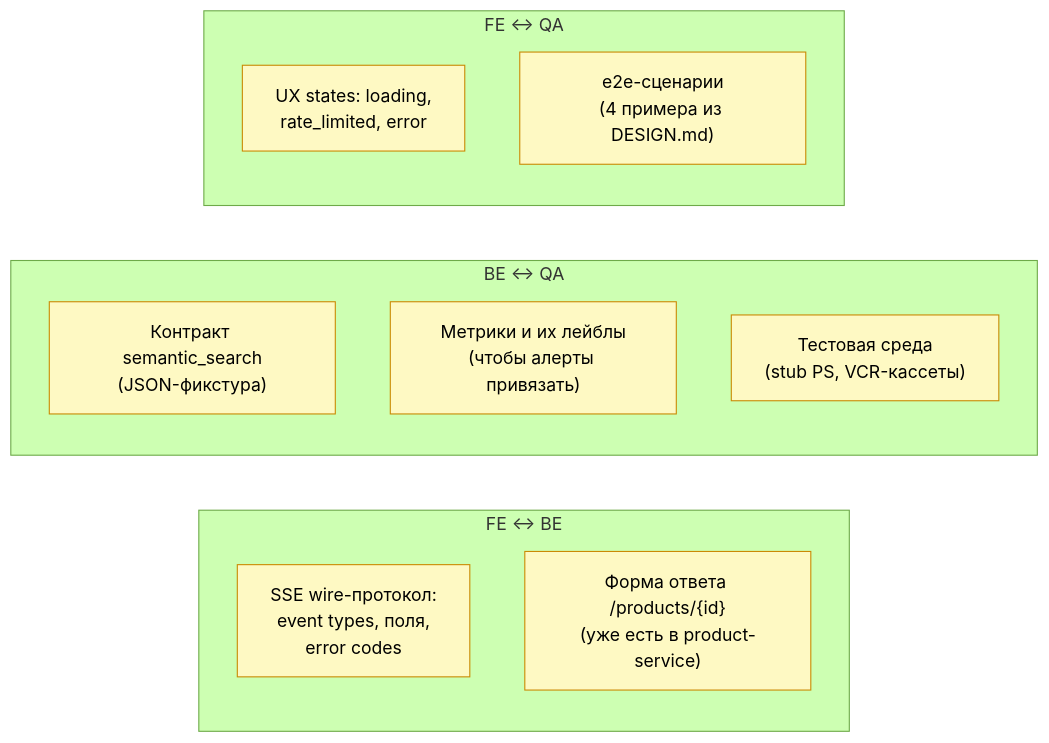
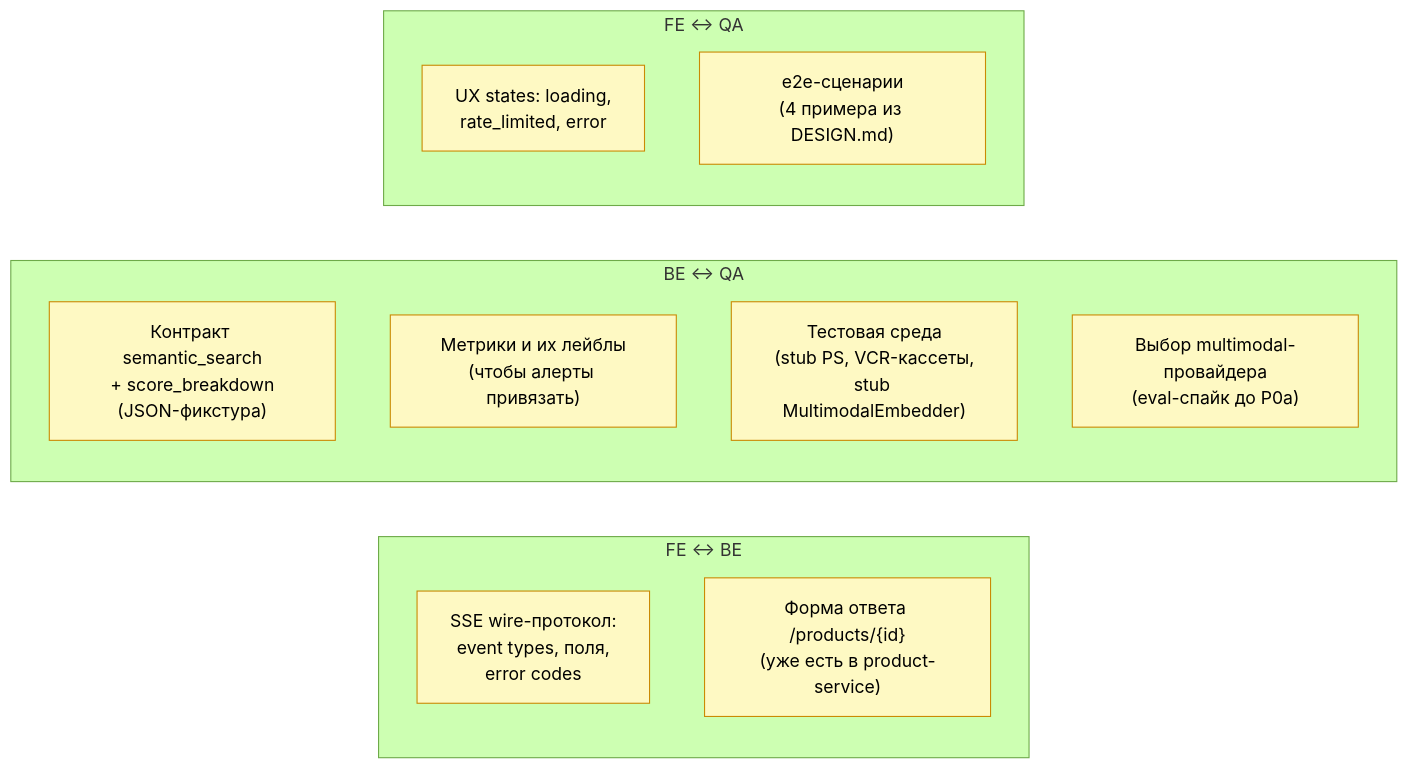
Before and after one commit to TortAlpha/ai-stylist-service: the first of 2 diagrams in server/ai-service/RESP_SPLIT.md, drawn with Mermaid (forest theme). The commit also changed other lines of this file and 4 other files, not shown here.

````diff
--- a/server/ai-service/RESP_SPLIT.md
+++ b/server/ai-service/RESP_SPLIT.md
@@ -114,21 +123,22 @@
 ```mermaid
 flowchart LR
     subgraph FE_BE["FE ↔ BE"]
         S1["SSE wire-протокол:<br/>event types, поля,<br/>error codes"]
         S2["Форма ответа /products/{id}<br/>(уже есть в product-service)"]
     end
 
     subgraph BE_QA["BE ↔ QA"]
-        S3["Контракт semantic_search<br/>(JSON-фикстура)"]
+        S3["Контракт semantic_search<br/>+ score_breakdown<br/>(JSON-фикстура)"]
         S4["Метрики и их лейблы<br/>(чтобы алерты привязать)"]
-        S5["Тестовая среда<br/>(stub PS, VCR-кассеты)"]
+        S5["Тестовая среда<br/>(stub PS, VCR-кассеты,<br/>stub MultimodalEmbedder)"]
+        S8["Выбор multimodal-провайдера<br/>(eval-спайк до P0a)"]
     end
 
     subgraph FE_QA["FE ↔ QA"]
         S6["UX states: loading,<br/>rate_limited, error"]
         S7["e2e-сценарии<br/>(4 примера из DESIGN.md)"]
     end
 
     classDef joint fill:#fef9c3,stroke:#ca8a04,color:#000
-    class S1,S2,S3,S4,S5,S6,S7 joint
+    class S1,S2,S3,S4,S5,S6,S7,S8 joint
 ```
````
